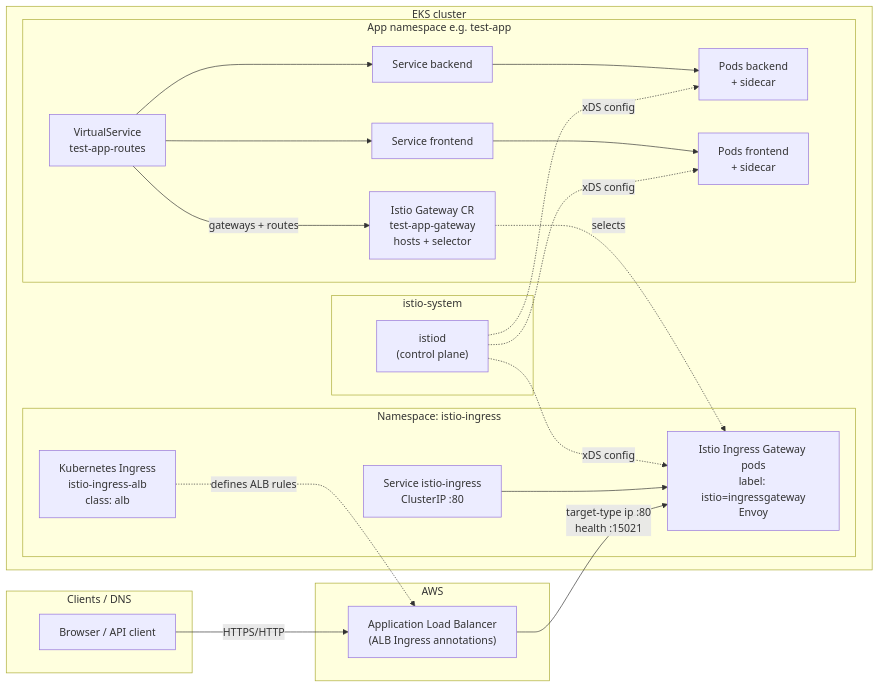
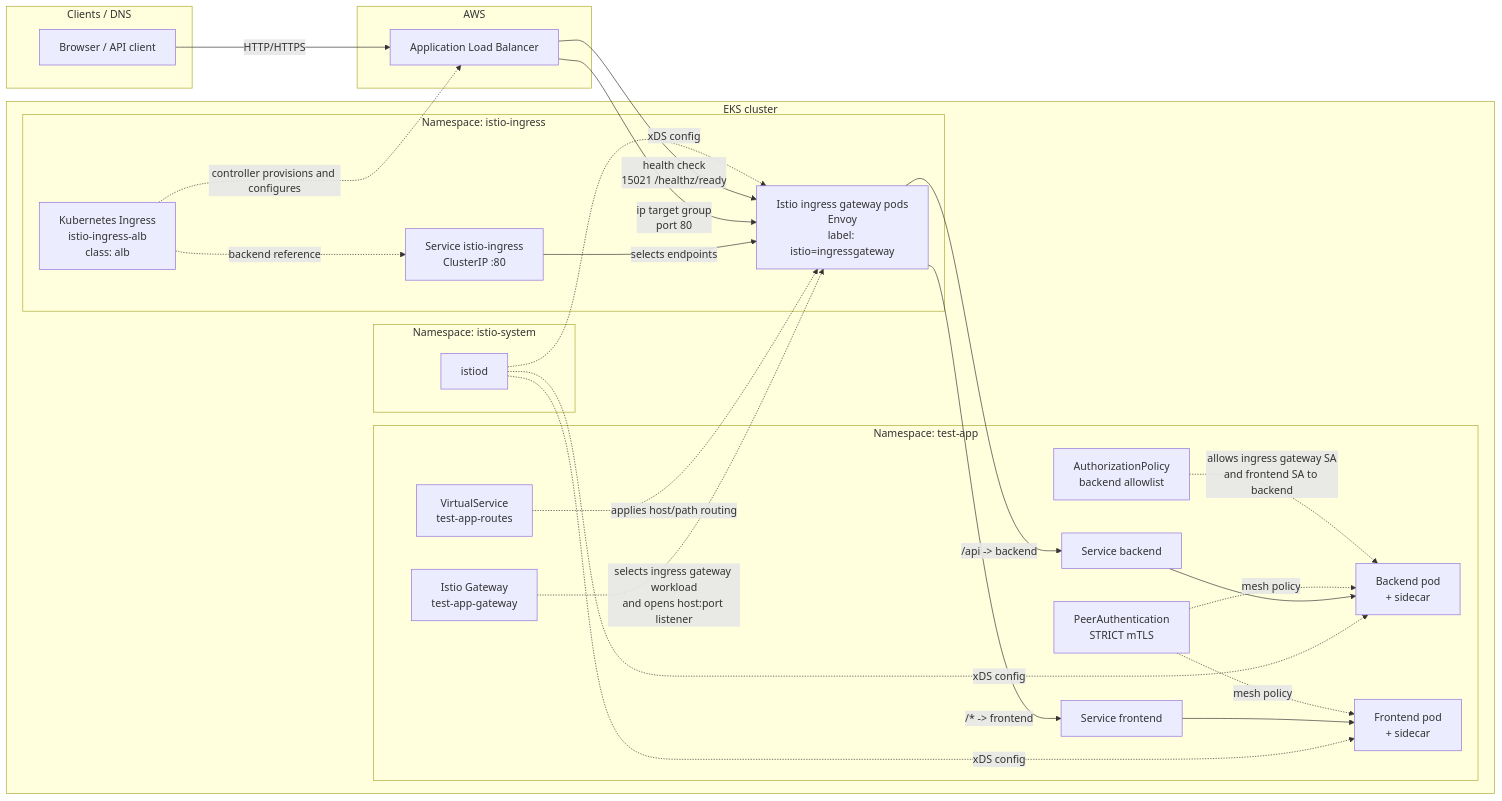
The diagram in aws/kubernetes/istio_traffic_flow.md (kusalindika/kubernetes), drawn with Mermaid before and after one commit. The commit also changed other lines of this file, not shown here.

Commit message:
Added, Updated - ArgoCD configs, Traffic flow architecture

````diff
--- a/aws/kubernetes/istio_traffic_flow.md
+++ b/aws/kubernetes/istio_traffic_flow.md
@@ -3,46 +16,54 @@
 ```mermaid
 flowchart LR
   subgraph Internet["Clients / DNS"]
     U[Browser / API client]
   end
 
   subgraph AWS["AWS"]
-    ALB["Application Load Balancer\n(ALB Ingress annotations)"]
+    ALB["Application Load Balancer"]
   end
 
   subgraph EKS["EKS cluster"]
-    subgraph IstioIng["Namespace: istio-ingress"]
+    subgraph IstioIngressNS["Namespace: istio-ingress"]
       Ing["Kubernetes Ingress\nistio-ingress-alb\nclass: alb"]
       SvcGW["Service istio-ingress\nClusterIP :80"]
-      PodsGW["Istio Ingress Gateway pods\nlabel: istio=ingressgateway\nEnvoy"]
+      PodsGW["Istio ingress gateway pods\nEnvoy\nlabel: istio=ingressgateway"]
     end
 
-    subgraph CP["istio-system"]
-      Istiod["istiod\n(control plane)"]
+    subgraph IstioSystem["Namespace: istio-system"]
+      Istiod["istiod"]
     end
 
-    subgraph AppNS["App namespace e.g. test-app"]
-      GWcr["Istio Gateway CR\ntest-app-gateway\nhosts + selector"]
+    subgraph AppNS["Namespace: test-app"]
+      GWcr["Istio Gateway\ntest-app-gateway"]
       VS["VirtualService\ntest-app-routes"]
       SvcB["Service backend"]
       SvcF["Service frontend"]
-      PodB["Pods backend\n+ sidecar"]
-      PodF["Pods frontend\n+ sidecar"]
+      PodB["Backend pod\n+ sidecar"]
+      PodF["Frontend pod\n+ sidecar"]
+      Authz["AuthorizationPolicy\nbackend allowlist"]
+      Mtls["PeerAuthentication\nSTRICT mTLS"]
     end
   end
 
-  U -->|HTTPS/HTTP| ALB
-  ALB -->|target-type ip :80\nhealth :15021| PodsGW
-  Ing -.->|defines ALB rules| ALB
-  SvcGW --> PodsGW
+  U -->|HTTP/HTTPS| ALB
+  Ing -.->|controller provisions and configures| ALB
+  Ing -.->|backend reference| SvcGW
+  SvcGW -->|selects endpoints| PodsGW
+  ALB -->|ip target group\nport 80| PodsGW
+  ALB -->|health check\n15021 /healthz/ready| PodsGW
+
+  GWcr -.->|selects ingress gateway workload\nand opens host:port listener| PodsGW
+  VS -.->|applies host/path routing| PodsGW
   Istiod -.->|xDS config| PodsGW
   Istiod -.->|xDS config| PodB
   Istiod -.->|xDS config| PodF
 
-  GWcr -.->|selects| PodsGW
-  VS -->|gateways + routes| GWcr
-  VS --> SvcB
-  VS --> SvcF
+  PodsGW -->|/api -> backend| SvcB
+  PodsGW -->|/* -> frontend| SvcF
   SvcB --> PodB
   SvcF --> PodF
+  Mtls -.->|mesh policy| PodB
+  Mtls -.->|mesh policy| PodF
+  Authz -.->|allows ingress gateway SA\nand frontend SA to backend| PodB
 ```
````
